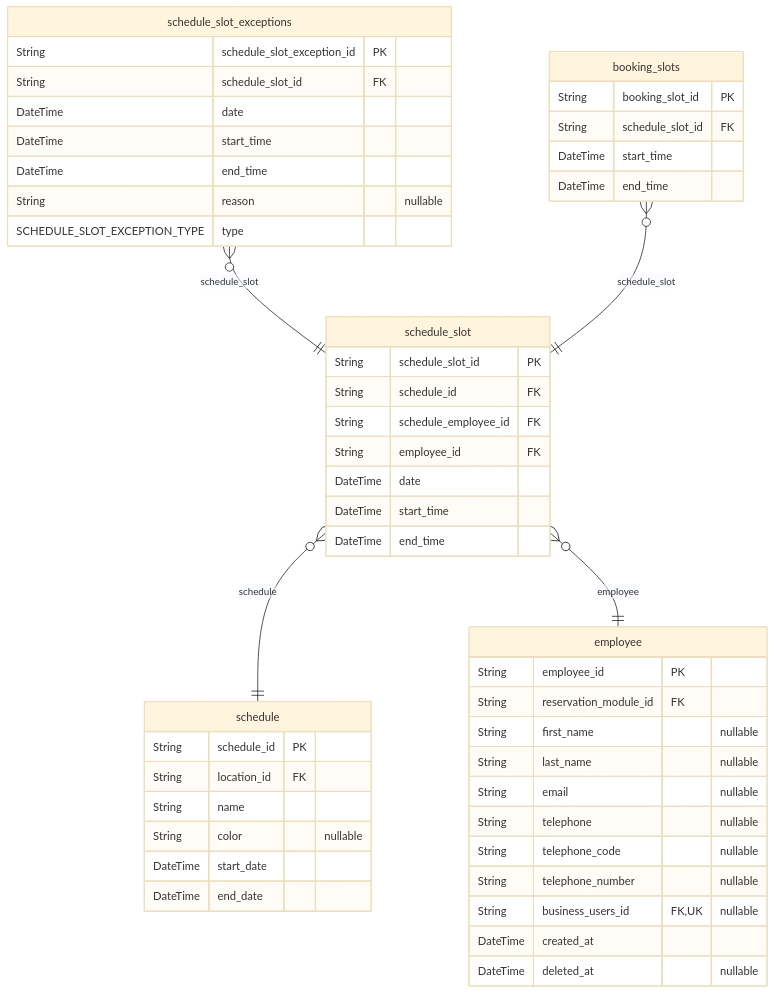
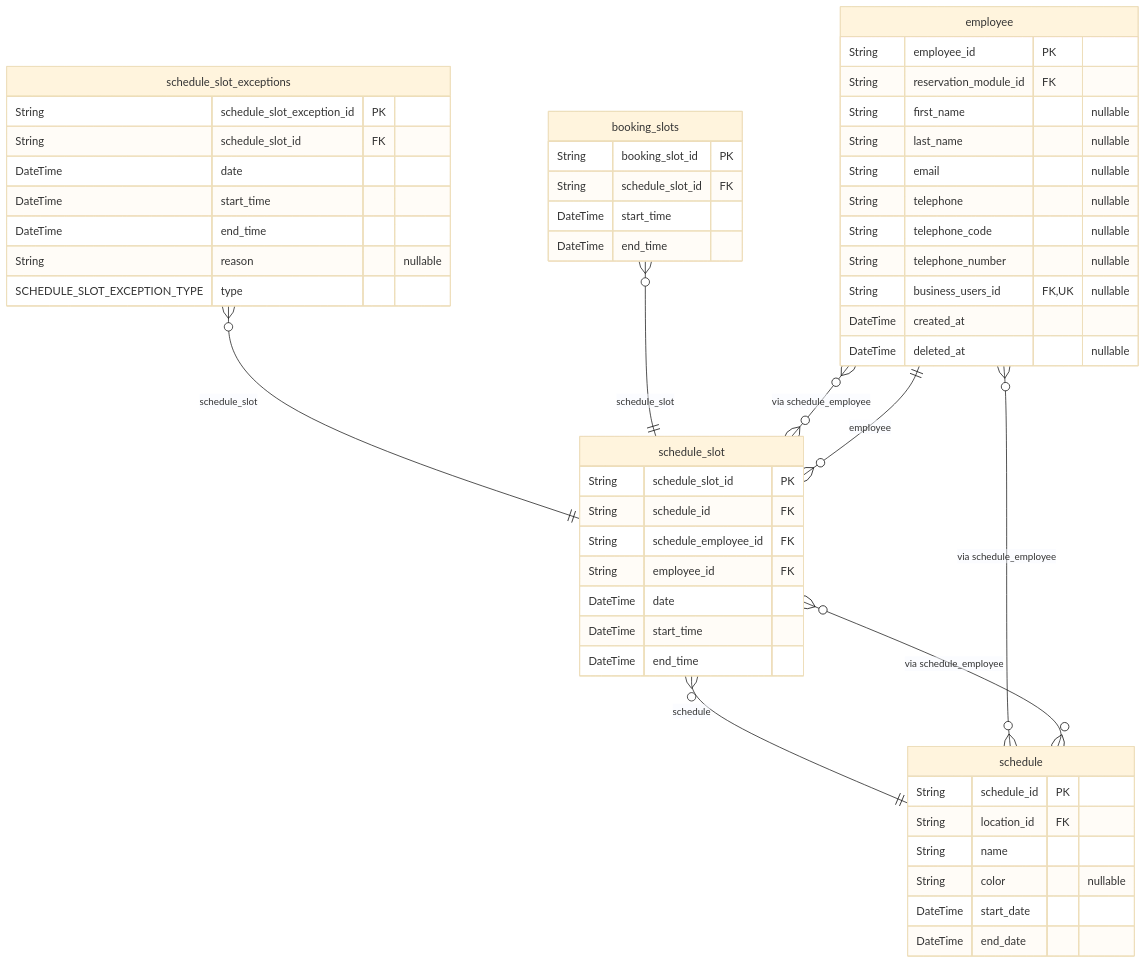
One commit to pbozic/be-analyisis changed diagram 36 of 37 in prisma/schemas/ERD.md. Above: the diagram before and after it, drawn with Mermaid (base theme). The commit also changed other lines of this file and 6 other files, not shown here.

Commit message:
feature: update to ERD generation with post-processing function

````diff
--- a/prisma/schemas/ERD.md
+++ b/prisma/schemas/ERD.md
@@ -8717,52 +9139,58 @@
 ```mermaid
 erDiagram
 "employee" {
   String employee_id PK
   String reservation_module_id FK
   String first_name "nullable"
   String last_name "nullable"
   String email "nullable"
   String telephone "nullable"
   String telephone_code "nullable"
   String telephone_number "nullable"
   String business_users_id FK,UK "nullable"
   DateTime created_at
   DateTime deleted_at "nullable"
 }
 "schedule" {
   String schedule_id PK
   String location_id FK
   String name
   String color "nullable"
   DateTime start_date
   DateTime end_date
 }
 "schedule_slot" {
   String schedule_slot_id PK
   String schedule_id FK
   String schedule_employee_id FK
   String employee_id FK
   DateTime date
   DateTime start_time
   DateTime end_time
 }
 "schedule_slot_exceptions" {
   String schedule_slot_exception_id PK
   String schedule_slot_id FK
   DateTime date
   DateTime start_time
   DateTime end_time
   String reason "nullable"
   SCHEDULE_SLOT_EXCEPTION_TYPE type
 }
 "booking_slots" {
   String booking_slot_id PK
   String schedule_slot_id FK
   DateTime start_time
   DateTime end_time
 }
 "schedule_slot" }o--|| "schedule" : schedule
 "schedule_slot" }o--|| "employee" : employee
 "schedule_slot_exceptions" }o--|| "schedule_slot" : schedule_slot
 "booking_slots" }o--|| "schedule_slot" : schedule_slot
+
+"schedule" }o--o{ "employee" : "via schedule_employee"
+
+"schedule" }o--o{ "schedule_slot" : "via schedule_employee"
+
+"employee" }o--o{ "schedule_slot" : "via schedule_employee"
 ```
````
